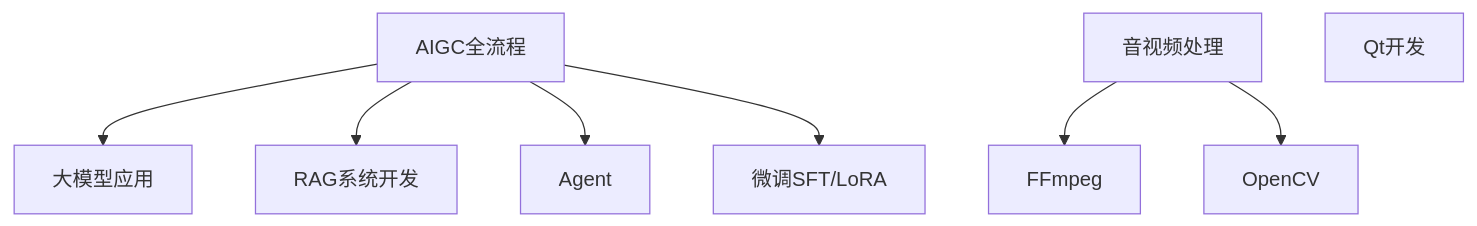
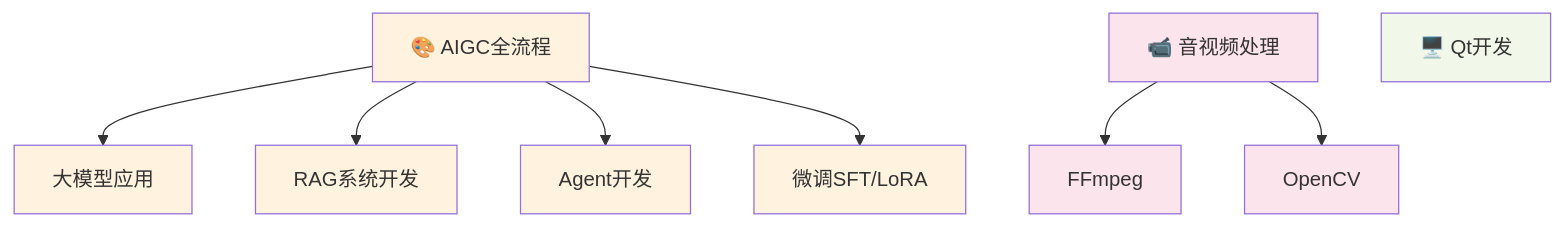
Before and after one commit to LiuCH4NG/LiuCH4NG.github.io: the second of 2 diagrams in docs/index.md, drawn with Mermaid. The commit also changed other lines of this file and 3 other files, not shown here.

````diff
--- a/docs/index.md
+++ b/docs/index.md
@@ -32,10 +92,18 @@
 ```mermaid
 graph TD
-    K[AIGC全流程] --> L[大模型应用]
+    K[🎨 AIGC全流程] --> L[大模型应用]
     K --> M[RAG系统开发]
-    K --> N[Agent]
+    K --> N[Agent开发]
     K --> TA[微调SFT/LoRA]
-    O[音视频处理] --> P[FFmpeg]
+    O[📹 音视频处理] --> P[FFmpeg]
     O --> Q[OpenCV]
-    R[Qt开发]
+    R[🖥️ Qt开发]
+    
+    classDef aigc fill:#fff3e0
+    classDef media fill:#fce4ec
+    classDef desktop fill:#f1f8e9
+    
+    class K,L,M,N,TA aigc
+    class O,P,Q media
+    class R desktop
 ```
````
